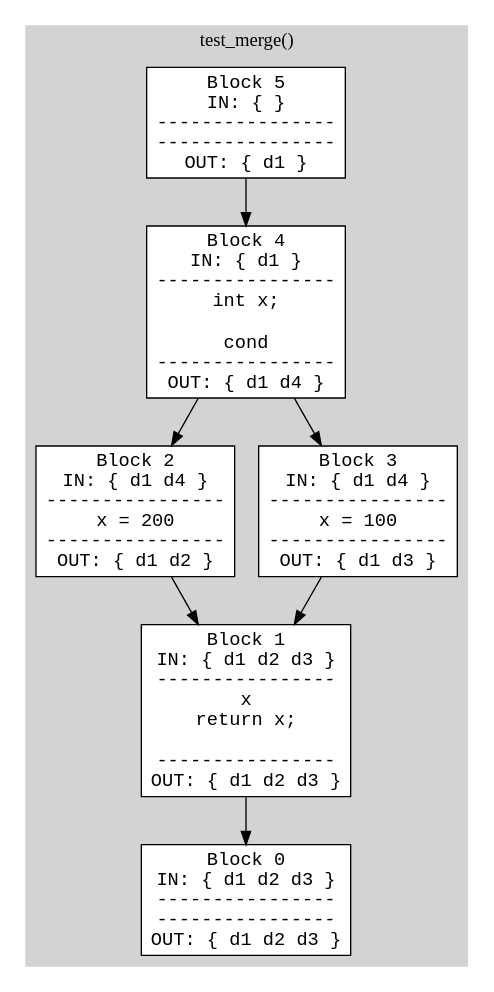
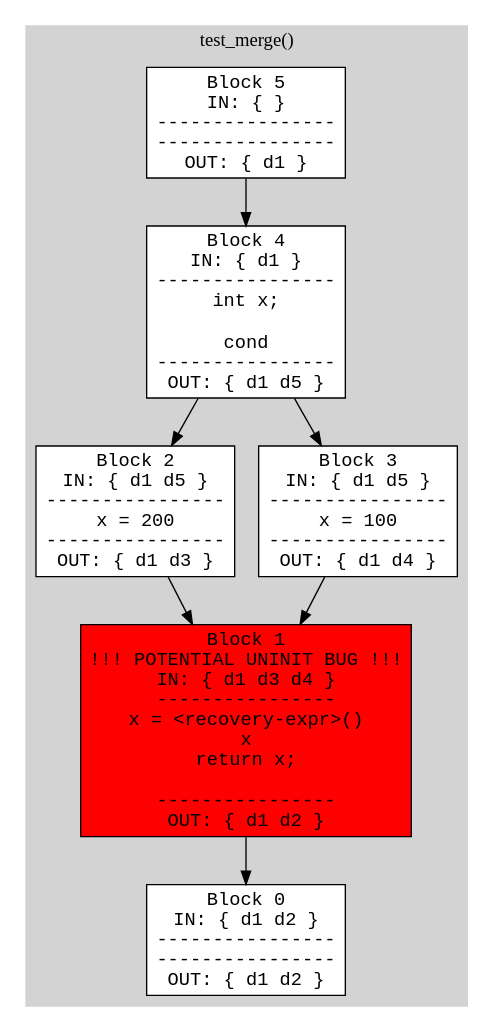
Before and after one commit to shivamkumar360/cs202_project: the diagram in build/program_cfg.dot, drawn with Graphviz. The commit also changed 3 other files, not shown here.

```diff
--- a/build/program_cfg.dot
+++ b/build/program_cfg.dot
@@ -1,19 +1,19 @@
 digraph ProgramCFG {
   node [shape=box, fontname="Courier"];
   subgraph cluster_test_merge {
     label = "test_merge()";
     style=filled; color=lightgrey;
-    test_merge_Node0 [label="Block 0\nIN: { d1 d2 d3 }\n----------------\n----------------\nOUT: { d1 d2 d3 }", style=filled, fillcolor=white];
-    test_merge_Node1 [label="Block 1\nIN: { d1 d2 d3 }\n----------------\nx\nreturn x;\n\n----------------\nOUT: { d1 d2 d3 }", style=filled, fillcolor=white];
+    test_merge_Node0 [label="Block 0\nIN: { d1 d2 }\n----------------\n----------------\nOUT: { d1 d2 }", style=filled, fillcolor=white];
+    test_merge_Node1 [label="Block 1\n!!! POTENTIAL UNINIT BUG !!!\nIN: { d1 d3 d4 }\n----------------\nx = <recovery-expr>()\nx\nreturn x;\n\n----------------\nOUT: { d1 d2 }", style=filled, fillcolor=red];
     test_merge_Node1 -> test_merge_Node0;
-    test_merge_Node2 [label="Block 2\nIN: { d1 d4 }\n----------------\nx = 200\n----------------\nOUT: { d1 d2 }", style=filled, fillcolor=white];
+    test_merge_Node2 [label="Block 2\nIN: { d1 d5 }\n----------------\nx = 200\n----------------\nOUT: { d1 d3 }", style=filled, fillcolor=white];
     test_merge_Node2 -> test_merge_Node1;
-    test_merge_Node3 [label="Block 3\nIN: { d1 d4 }\n----------------\nx = 100\n----------------\nOUT: { d1 d3 }", style=filled, fillcolor=white];
+    test_merge_Node3 [label="Block 3\nIN: { d1 d5 }\n----------------\nx = 100\n----------------\nOUT: { d1 d4 }", style=filled, fillcolor=white];
     test_merge_Node3 -> test_merge_Node1;
-    test_merge_Node4 [label="Block 4\nIN: { d1 }\n----------------\nint x;\n\ncond\n----------------\nOUT: { d1 d4 }", style=filled, fillcolor=white];
+    test_merge_Node4 [label="Block 4\nIN: { d1 }\n----------------\nint x;\n\ncond\n----------------\nOUT: { d1 d5 }", style=filled, fillcolor=white];
     test_merge_Node4 -> test_merge_Node3;
     test_merge_Node4 -> test_merge_Node2;
     test_merge_Node5 [label="Block 5\nIN: { }\n----------------\n----------------\nOUT: { d1 }", style=filled, fillcolor=white];
     test_merge_Node5 -> test_merge_Node4;
   }
 }
```
